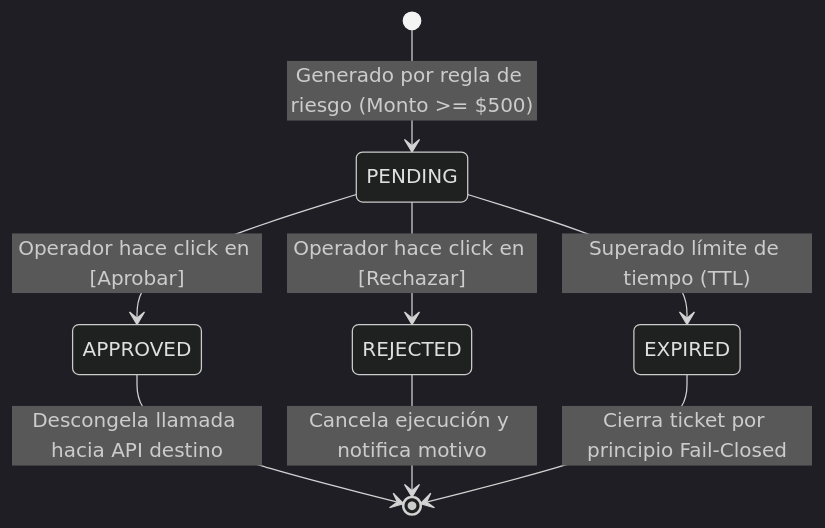
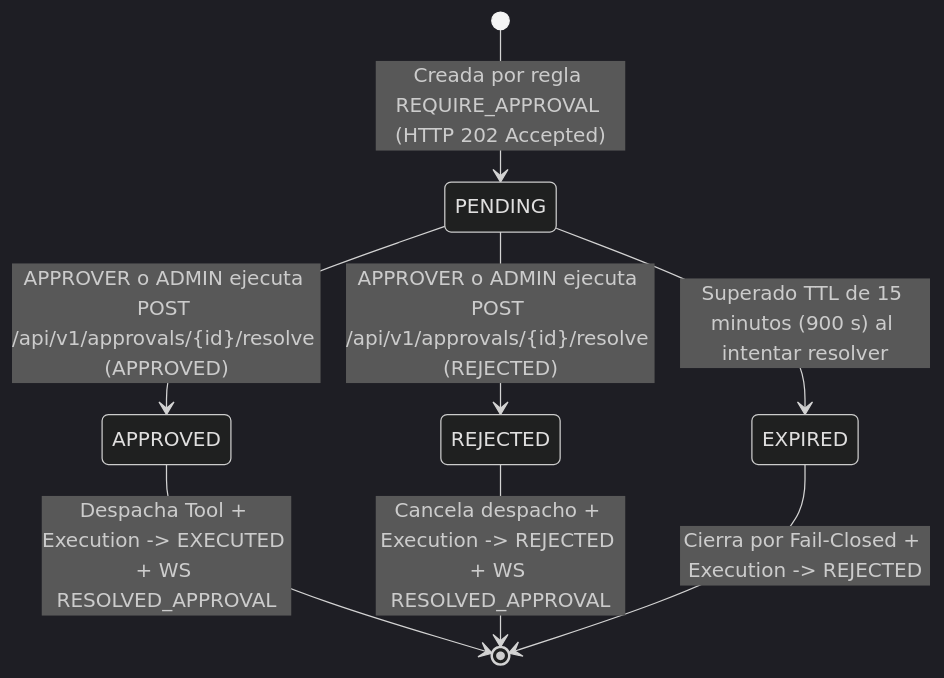
The second of 3 diagrams in agentguard_estados_ciclo_vida.md (jmbatiatto/AgentGuard), drawn with Mermaid (dark theme) before and after one commit. The commit also changed other lines of this file and 11 other files, not shown here.

````diff
--- a/agentguard_estados_ciclo_vida.md
+++ b/agentguard_estados_ciclo_vida.md
@@ -48,12 +47,12 @@
 ```mermaid
 stateDiagram-v2
-    [*] --> PENDING: Generado por regla de riesgo (Monto >= $500)
-    
-    PENDING --> APPROVED: Operador hace click en [Aprobar]
-    PENDING --> REJECTED: Operador hace click en [Rechazar]
-    PENDING --> EXPIRED: Superado límite de tiempo (TTL)
-    
-    APPROVED --> [*]: Descongela llamada hacia API destino
-    REJECTED --> [*]: Cancela ejecución y notifica motivo
-    EXPIRED --> [*]: Cierra ticket por principio Fail-Closed
+    [*] --> PENDING: Creada por regla REQUIRE_APPROVAL (HTTP 202 Accepted)
+
+    PENDING --> APPROVED: APPROVER o ADMIN ejecuta POST /api/v1/approvals/{id}/resolve (APPROVED)
+    PENDING --> REJECTED: APPROVER o ADMIN ejecuta POST /api/v1/approvals/{id}/resolve (REJECTED)
+    PENDING --> EXPIRED: Superado TTL de 15 minutos (900 s) al intentar resolver
+
+    APPROVED --> [*]: Despacha Tool + Execution -> EXECUTED + WS RESOLVED_APPROVAL
+    REJECTED --> [*]: Cancela despacho + Execution -> REJECTED + WS RESOLVED_APPROVAL
+    EXPIRED --> [*]: Cierra por Fail-Closed + Execution -> REJECTED
 ```
````
